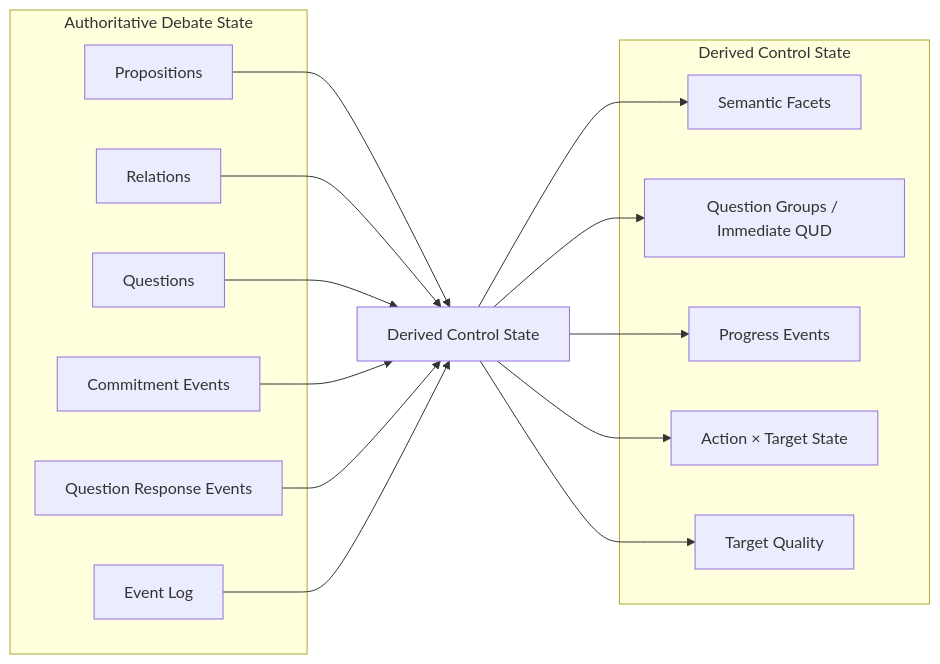
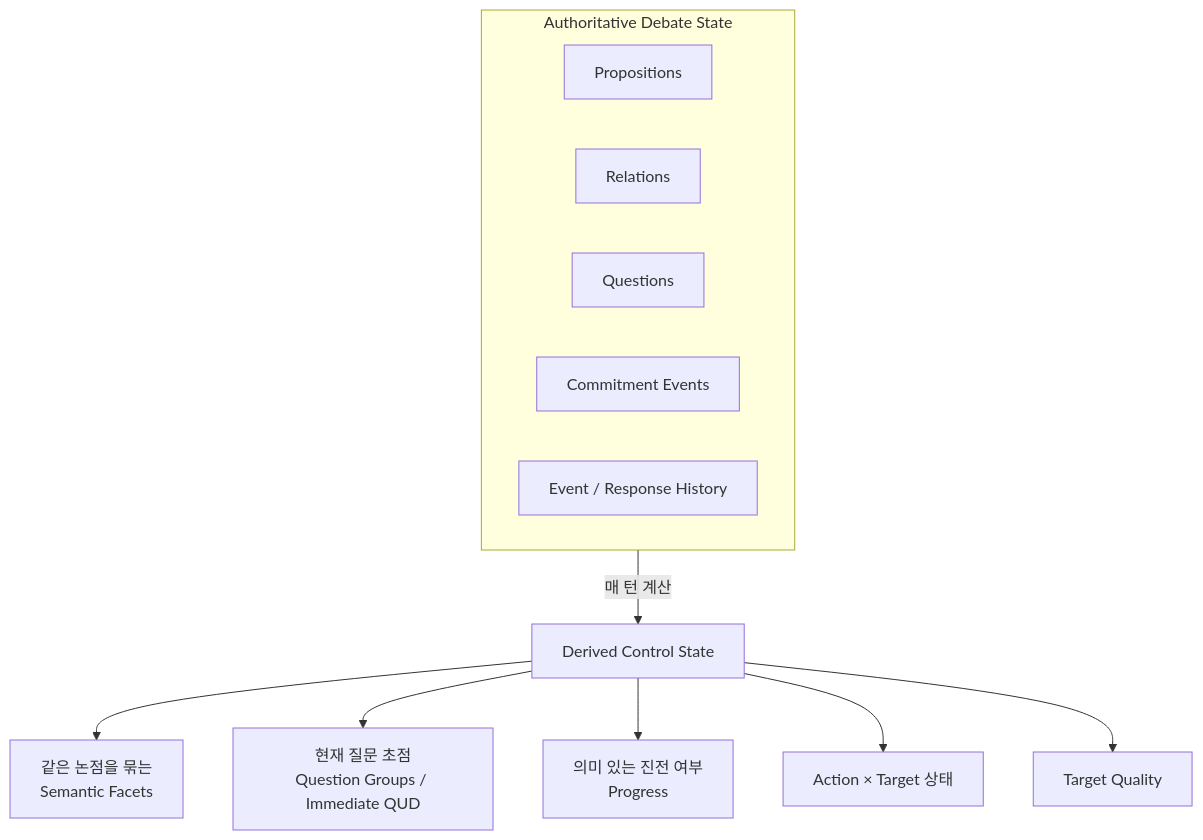
Before and after one commit to hodob/A1-3: the fifth of 8 diagrams in README.md, drawn with Mermaid. The commit also changed other lines of this file, not shown here.

Commit message:
Refine README visual architecture and readability

````diff
--- a/README.md
+++ b/README.md
@@ -191,32 +246,18 @@
 ```mermaid
-flowchart LR
-    subgraph Raw[Authoritative Debate State]
-        C[Propositions]
+flowchart TD
+    subgraph RAW[Authoritative Debate State]
+        P[Propositions]
         R[Relations]
         Q[Questions]
-        CE[Commitment Events]
-        QR[Question Response Events]
-        EL[Event Log]
+        C[Commitment Events]
+        E[Event / Response History]
     end
 
-    C --> D[Derived Control State]
-    R --> D
-    Q --> D
-    CE --> D
-    QR --> D
-    EL --> D
+    RAW -->|매 턴 계산| D[Derived Control State]
 
-    subgraph Control[Derived Control State]
-        F[Semantic Facets]
-        QG[Question Groups / Immediate QUD]
-        PR[Progress Events]
-        AP[Action × Target State]
-        CQ[Target Quality]
-    end
-
-    D --> F
-    D --> QG
-    D --> PR
-    D --> AP
-    D --> CQ
+    D --> F[같은 논점을 묶는<br/>Semantic Facets]
+    D --> G[현재 질문 초점<br/>Question Groups / Immediate QUD]
+    D --> H[의미 있는 진전 여부<br/>Progress]
+    D --> I[Action × Target 상태]
+    D --> J[Target Quality]
 ```
````
